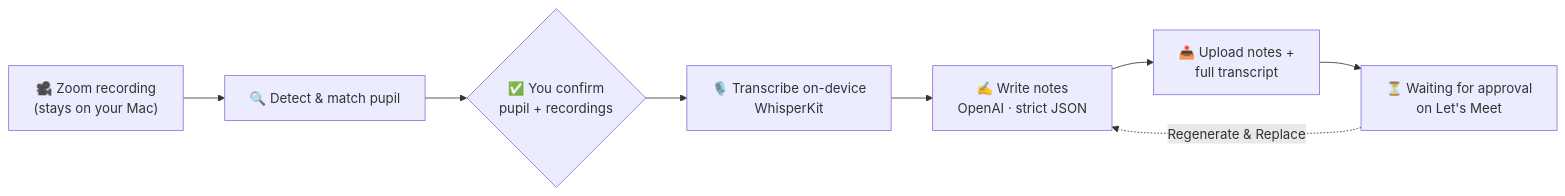
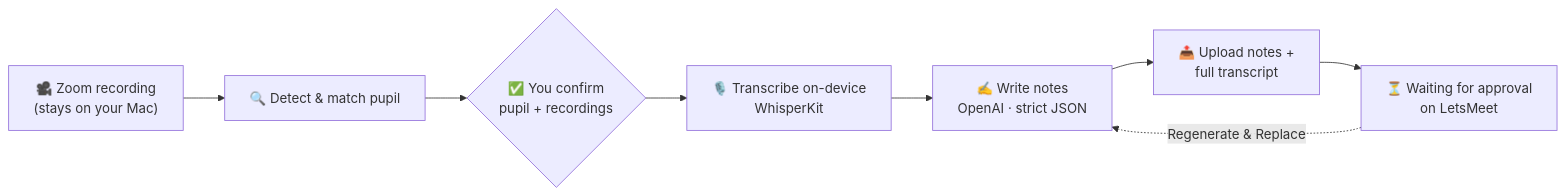
The diagram in README.md (ghall702/LetsMeetNoteTaker-Mac), drawn with Mermaid before and after one commit. The commit also changed other lines of this file and 28 other files, not shown here.

````diff
--- a/README.md
+++ b/README.md
@@ -37,10 +37,10 @@
 ```mermaid
 flowchart LR
     A["🎥 Zoom recording<br/>(stays on your Mac)"] --> B["🔍 Detect & match pupil"]
     B --> C{"✅ You confirm<br/>pupil + recordings"}
     C --> D["🎙️ Transcribe on-device<br/>WhisperKit"]
     D --> E["✍️ Write notes<br/>OpenAI · strict JSON"]
     E --> F["📤 Upload notes +<br/>full transcript"]
-    F --> G["⏳ Waiting for approval<br/>on Let's Meet"]
+    F --> G["⏳ Waiting for approval<br/>on LetsMeet"]
     G -. "Regenerate & Replace" .-> E
 ```
````
